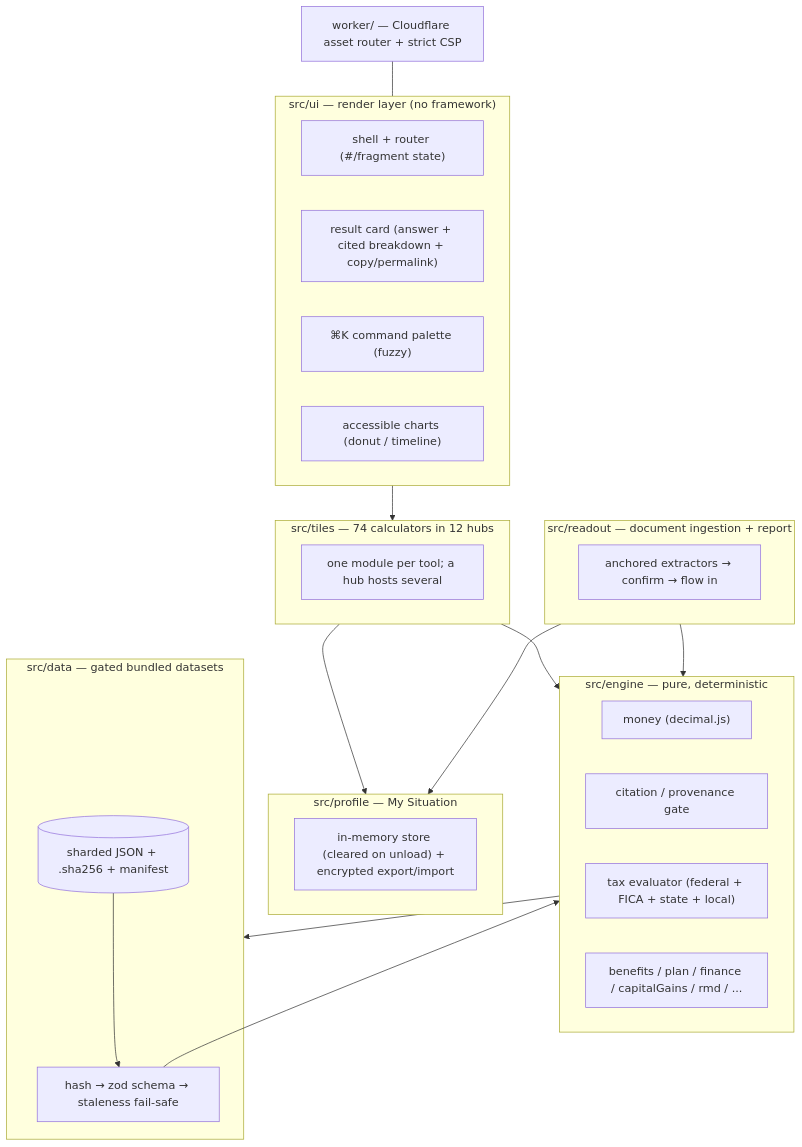
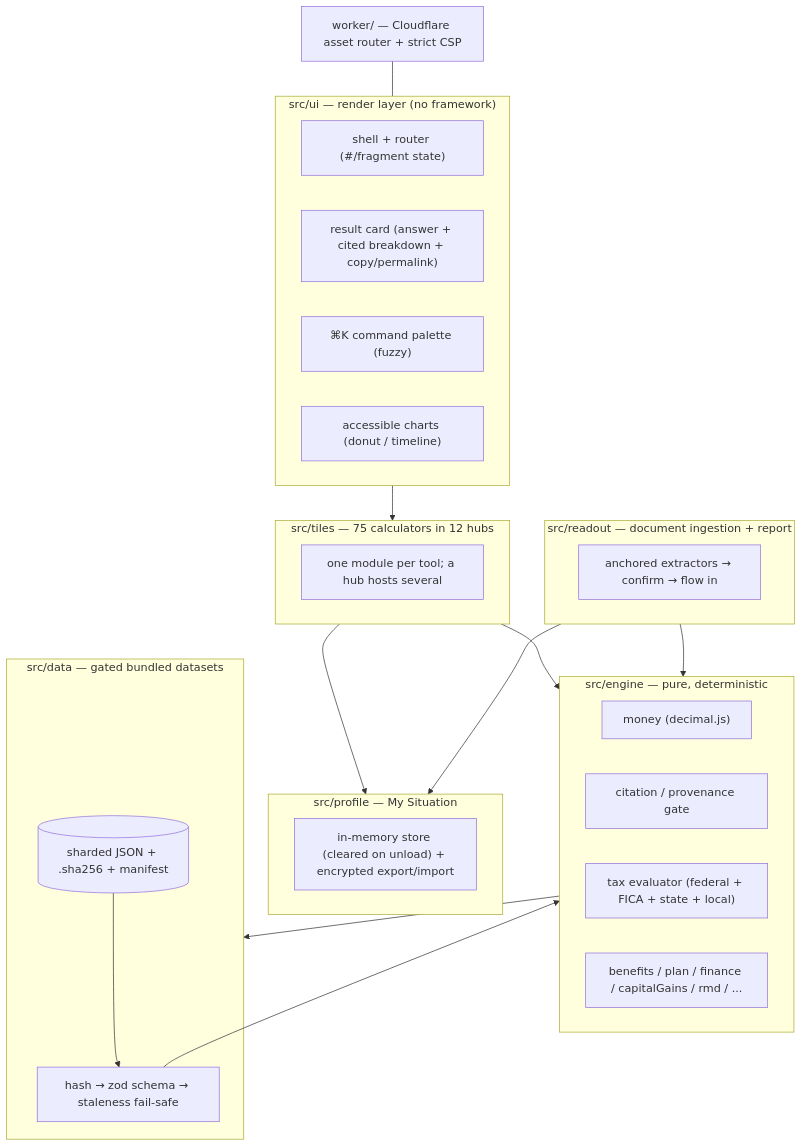
The second of 7 diagrams in docs/under-the-hood.md (clay-good/enklayve), drawn with Mermaid before and after one commit. The commit also changed other lines of this file and 10 other files, not shown here.

````diff
--- a/docs/under-the-hood.md
+++ b/docs/under-the-hood.md
@@ -300,36 +300,36 @@
 ```mermaid
 flowchart TD
     subgraph UI["src/ui — render layer (no framework)"]
         SH["shell + router (#/fragment state)"]
         RC["result card (answer + cited breakdown + copy/permalink)"]
         CP["⌘K command palette (fuzzy)"]
         CH["accessible charts (donut / timeline)"]
     end
-    subgraph TILES["src/tiles — 74 calculators in 12 hubs"]
+    subgraph TILES["src/tiles — 75 calculators in 12 hubs"]
         T1["one module per tool; a hub hosts several"]
     end
     subgraph PROFILE["src/profile — My Situation"]
         PS["in-memory store (cleared on unload) + encrypted export/import"]
     end
     subgraph READOUT["src/readout — document ingestion + report"]
         RX["anchored extractors → confirm → flow in"]
     end
     subgraph ENGINE["src/engine — pure, deterministic"]
         MN["money (decimal.js)"]
         CI["citation / provenance gate"]
         TAX["tax evaluator (federal + FICA + state + local)"]
         BEN["benefits / plan / finance / capitalGains / rmd / ..."]
     end
     subgraph DATA["src/data — gated bundled datasets"]
         LO["hash → zod schema → staleness fail-safe"]
         DS[("sharded JSON + .sha256 + manifest")]
     end
     TILES --> ENGINE
     READOUT --> ENGINE
     TILES --> PROFILE
     READOUT --> PROFILE
     UI --> TILES
     ENGINE --> DATA
     DS --> LO --> ENGINE
     WORKER["worker/ — Cloudflare asset router + strict CSP"] --- UI
 ```
````
